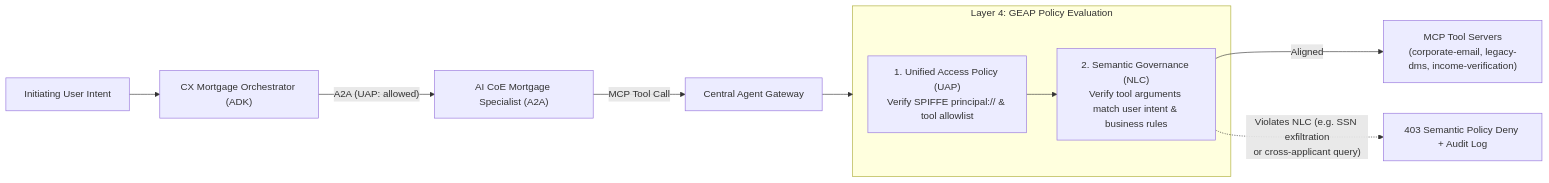
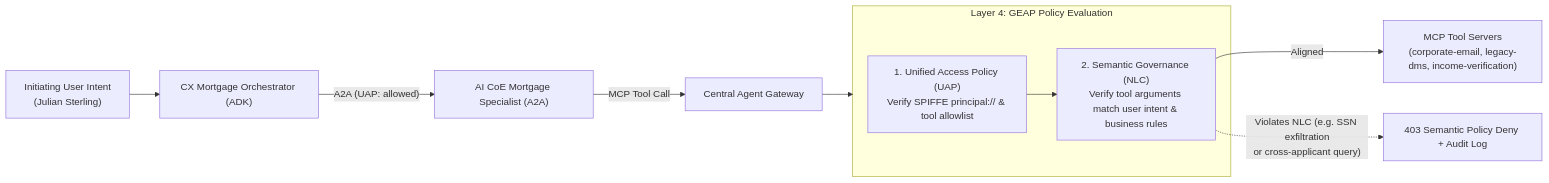
Before and after one commit to google/esmeralda: the third of 3 diagrams in docs/src/3-agentops-and-lifecycle/04-capability-based-governance.md, drawn with Mermaid. The commit also changed other lines of this file and 19 other files, not shown here.

````diff
--- a/docs/src/3-agentops-and-lifecycle/04-capability-based-governance.md
+++ b/docs/src/3-agentops-and-lifecycle/04-capability-based-governance.md
@@ -111,14 +144,14 @@
 ```mermaid
 flowchart LR
-    U["Initiating User Intent"] --> ORCH["CX Mortgage Orchestrator (ADK)"]
+    U["Initiating User Intent\n(Julian Sterling)"] --> ORCH["CX Mortgage Orchestrator (ADK)"]
     ORCH -->|"A2A (UAP: allowed)"| SPEC["AI CoE Mortgage Specialist (A2A)"]
     SPEC -->|"MCP Tool Call"| AGW["Central Agent Gateway"]
     subgraph GEAP["Layer 4: GEAP Policy Evaluation"]
         UAP["1. Unified Access Policy (UAP)\nVerify SPIFFE principal:// & tool allowlist"]
         NLC["2. Semantic Governance (NLC)\nVerify tool arguments match user intent & business rules"]
         UAP --> NLC
     end
     AGW --> GEAP
     NLC -->|"Aligned"| MCP["MCP Tool Servers\n(corporate-email, legacy-dms, income-verification)"]
     NLC -.->|"Violates NLC (e.g. SSN exfiltration\nor cross-applicant query)"| DENY["403 Semantic Policy Deny + Audit Log"]
 ```
````
